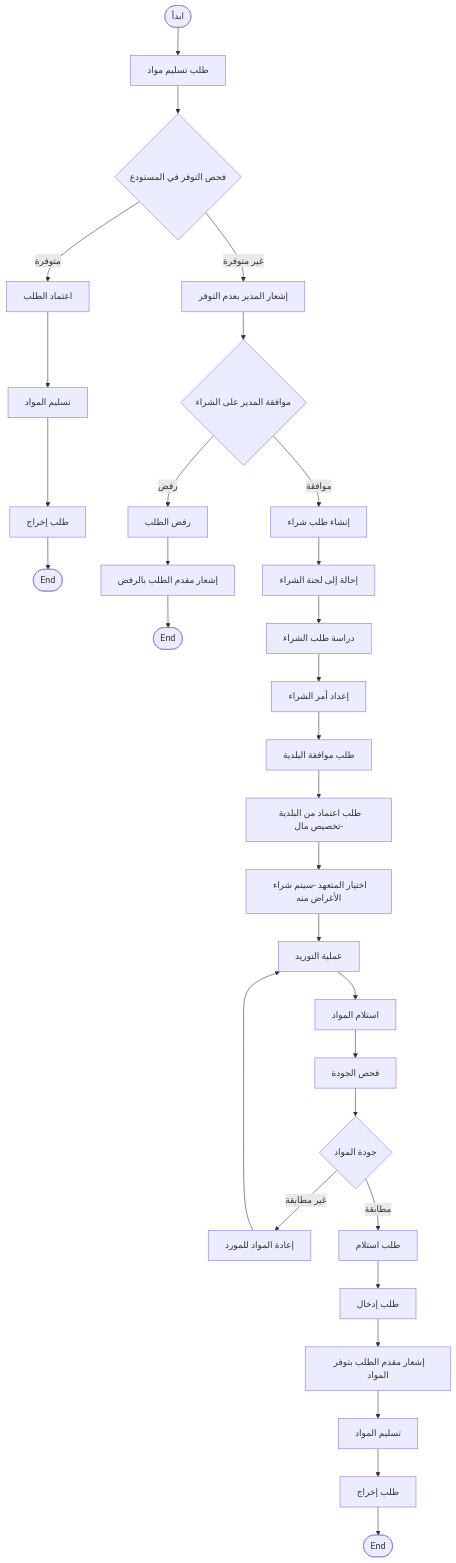
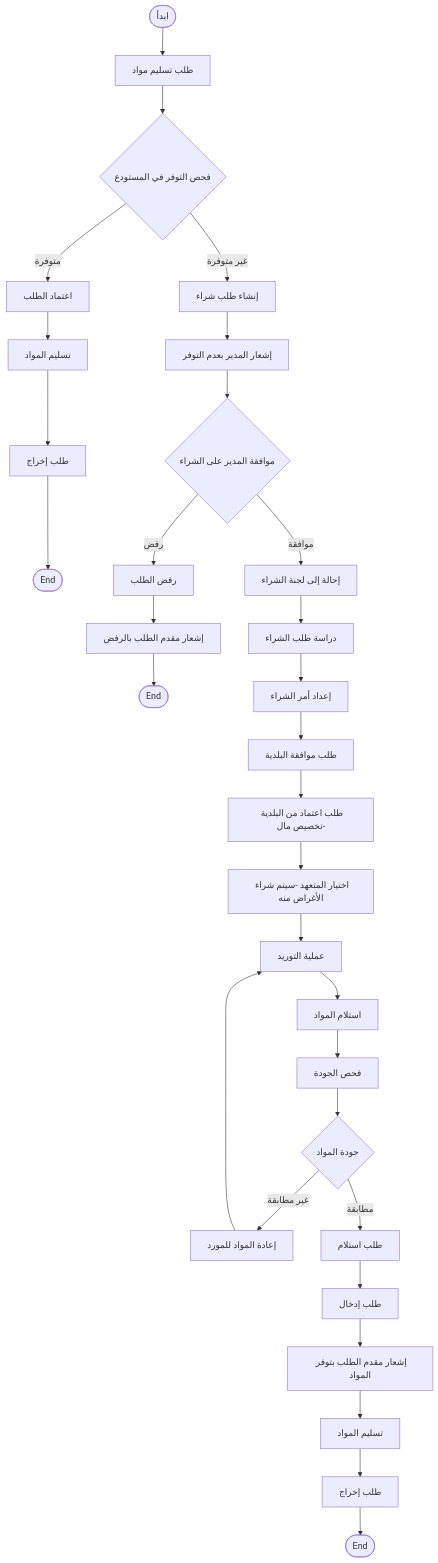
The second of 2 diagrams in src/site/notes/Diagram/مخطط Activity.md (MazenXv2/MazenXv2.github.io), drawn with Mermaid before and after one commit. The commit also changed 15 other files, not shown here.

````diff
--- a/src/site/notes/Diagram/مخطط Activity.md
+++ b/src/site/notes/Diagram/مخطط Activity.md
@@ -63,60 +63,60 @@
 ```mermaid
 flowchart TD
     %% ============================================
     %% Activity Diagram - Material Request & Procurement
     %% ============================================
 
     Start([ابدأ]) --> RequestMaterials[طلب تسليم مواد]
     
     RequestMaterials --> CheckAvailability{فحص التوفر في المستودع}
     
     CheckAvailability -->|متوفرة| ApproveRequest[اعتماد الطلب]
     ApproveRequest --> DeliverMaterials[تسليم المواد]
     DeliverMaterials --> RequestExit1[طلب إخراج]
     RequestExit1 --> End1([End])
     
-    CheckAvailability -->|غير متوفرة| NotifyDirector[إشعار المدير بعدم التوفر]
+    CheckAvailability -->|غير متوفرة| CreatePurchaseRequest[إنشاء طلب شراء]
+    
+    CreatePurchaseRequest --> NotifyDirector[إشعار المدير بعدم التوفر]
     
     NotifyDirector --> DirectorDecision{موافقة المدير على الشراء}
     
     DirectorDecision -->|رفض| RejectRequest[رفض الطلب]
     RejectRequest --> NotifyRequester[إشعار مقدم الطلب بالرفض]
     NotifyRequester --> End2([End])
     
-    DirectorDecision -->|موافقة| CreatePurchaseRequest[إنشاء طلب شراء]
-    
-    CreatePurchaseRequest --> SendToProcurement[إحالة إلى لجنة الشراء]
+    DirectorDecision -->|موافقة| SendToProcurement[إحالة إلى لجنة الشراء]
     
     SendToProcurement --> ProcurementReview[دراسة طلب الشراء]
     
     ProcurementReview --> PreparePurchaseOrder[إعداد أمر الشراء]
     
     PreparePurchaseOrder --> RequestMunicipalityApproval[طلب موافقة البلدية]
     
     RequestMunicipalityApproval --> RequestBudgetAllocation[طلب اعتماد من البلدية -تخصيص مال]
     
     RequestBudgetAllocation --> SelectContractor[اختيار المتعهد -سيتم شراء الأغراض منه]
     
     SelectContractor --> SupplierProcess[عملية التوريد]
     
     SupplierProcess --> ReceiveMaterials[استلام المواد]
     
     ReceiveMaterials --> QualityInspection[فحص الجودة]
     
     QualityInspection --> QualityDecision{جودة المواد}
     
     QualityDecision -->|غير مطابقة| ReturnToSupplier[إعادة المواد للمورد]
     ReturnToSupplier --> SupplierProcess
     
     QualityDecision -->|مطابقة| RequestReceipt[طلب استلام]
     
     RequestReceipt --> RequestEntry[طلب إدخال]
     
     RequestEntry --> NotifyRequester3[إشعار مقدم الطلب بتوفر المواد]
     
     NotifyRequester3 --> DeliverMaterials2[تسليم المواد]
     
     DeliverMaterials2 --> RequestExit2[طلب إخراج]
     
     RequestExit2 --> End3([End])
 ```
````
